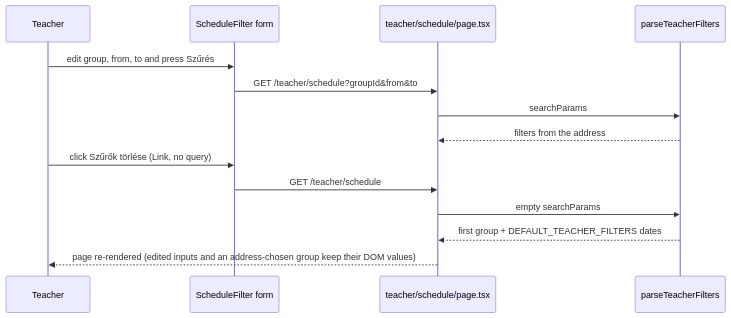
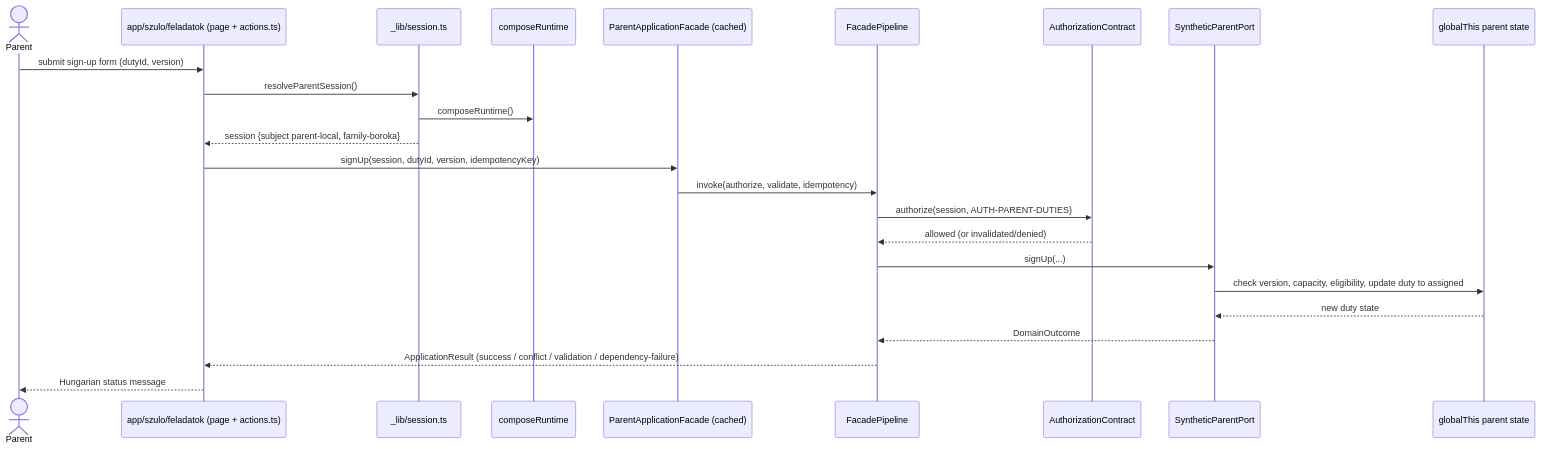
The second of 5 diagrams in aidlc/spaces/default/codekb/waldorf-community-task-manager/architecture.md (bbotond83/waldorf-community-task-manager), drawn with Mermaid before and after one commit. The commit also changed other lines of this file and 134 other files, not shown here.

First line of the commit message:
feat: local Supabase platform, audit log and idempotency storage (real backend U1)

````diff
--- a/aidlc/spaces/default/codekb/waldorf-community-task-manager/architecture.md
+++ b/aidlc/spaces/default/codekb/waldorf-community-task-manager/architecture.md
@@ -66,16 +119,26 @@
 ```mermaid
 sequenceDiagram
-  participant U as Teacher
-  participant F as ScheduleFilter form
-  participant P as teacher/schedule/page.tsx
-  participant L as parseTeacherFilters
-  U->>F: edit group, from, to and press Szűrés
-  F->>P: GET /teacher/schedule?groupId&from&to
-  P->>L: searchParams
-  L-->>P: filters from the address
-  U->>F: click Szűrők törlése (Link, no query)
-  F->>P: GET /teacher/schedule
-  P->>L: empty searchParams
-  L-->>P: first group + DEFAULT_TEACHER_FILTERS dates
-  P-->>U: page re-rendered (edited inputs and an address-chosen group keep their DOM values)
+  actor P as Parent
+  participant UI as app/szulo/feladatok (page + actions.ts)
+  participant S as _lib/session.ts
+  participant R as composeRuntime
+  participant F as ParentApplicationFacade (cached)
+  participant PL as FacadePipeline
+  participant AZ as AuthorizationContract
+  participant PP as SyntheticParentPort
+  participant M as globalThis parent state
+  P->>UI: submit sign-up form (dutyId, version)
+  UI->>S: resolveParentSession()
+  S->>R: composeRuntime()
+  S-->>UI: session {subject parent-local, family-boroka}
+  UI->>F: signUp(session, dutyId, version, idempotencyKey)
+  F->>PL: invoke(authorize, validate, idempotency)
+  PL->>AZ: authorize(session, AUTH-PARENT-DUTIES)
+  AZ-->>PL: allowed (or invalidated/denied)
+  PL->>PP: signUp(...)
+  PP->>M: check version, capacity, eligibility, update duty to assigned
+  M-->>PP: new duty state
+  PP-->>PL: DomainOutcome
+  PL-->>UI: ApplicationResult (success / conflict / validation / dependency-failure)
+  UI-->>P: Hungarian status message
 ```
````
